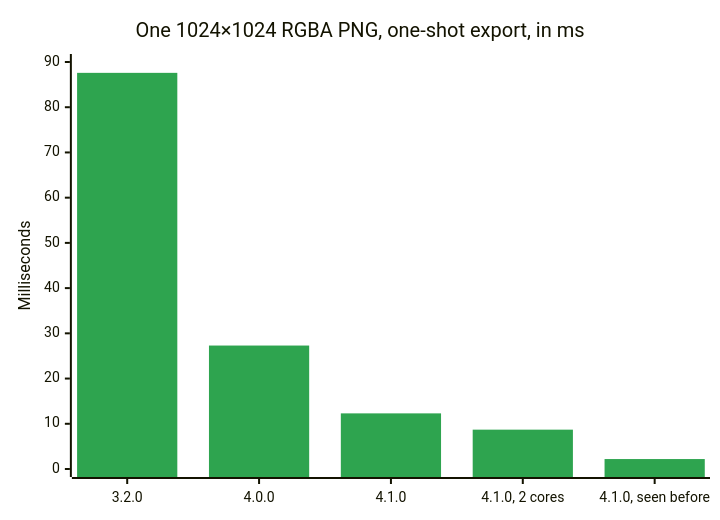
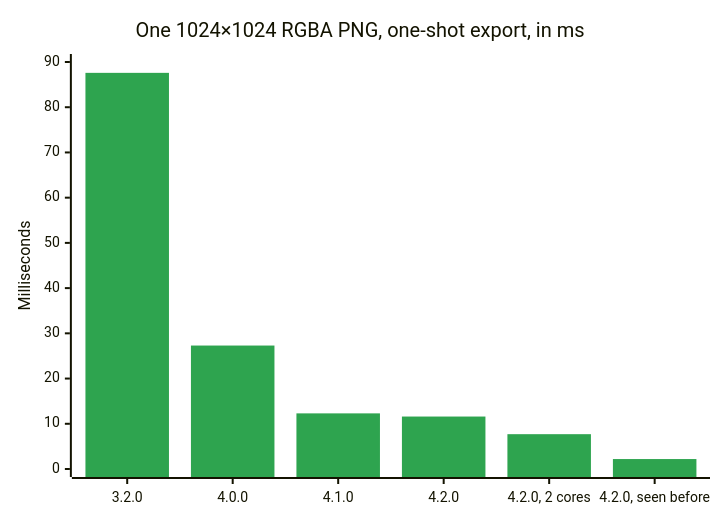
Before and after one commit to Butterski/rayomd: the first of 4 diagrams in README.md, drawn with Mermaid. The commit also changed other lines of this file and 1 other file, not shown here.

````diff
--- a/README.md
+++ b/README.md
@@ -154,8 +155,8 @@
 ```mermaid
 %%{init: {"themeVariables": {"xyChart": {"plotColorPalette": "#2ea44f"}}}}%%
 xychart-beta
     title "One 1024×1024 RGBA PNG, one-shot export, in ms"
-    x-axis ["3.2.0", "4.0.0", "4.1.0", "4.1.0, 2 cores", "4.1.0, seen before"]
+    x-axis ["3.2.0", "4.0.0", "4.1.0", "4.2.0", "4.2.0, 2 cores", "4.2.0, seen before"]
     y-axis "Milliseconds" 0 --> 90
-    bar [87.6, 27.3, 12.3, 8.7, 2.2]
+    bar [87.6, 27.3, 12.3, 11.6, 7.7, 2.2]
 ```
````
